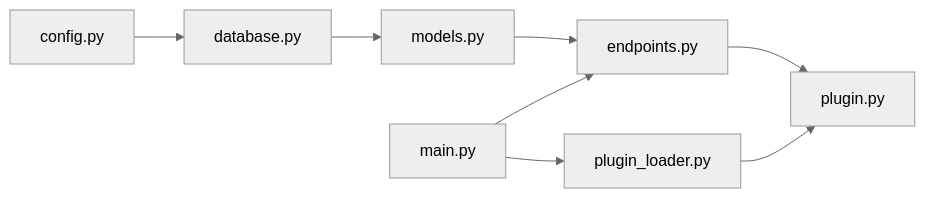
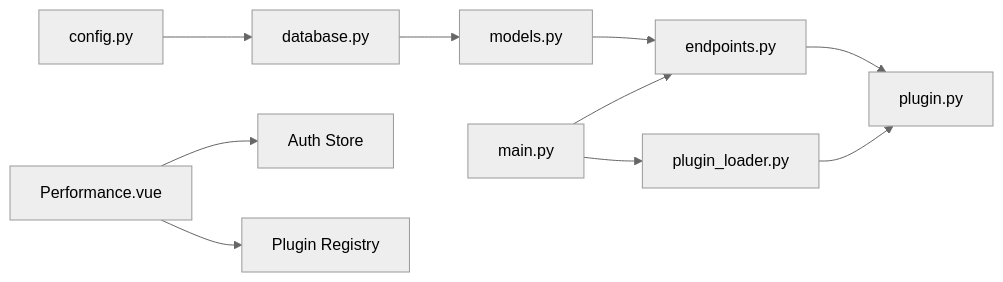
Before and after one commit to Nikita5543/New-SSO-02: the ninth of 9 diagrams in .qoder/repowiki/en/content/Built-in Plugins/Performance Plugin.md, drawn with Mermaid (neutral theme). The commit also changed other lines of this file and 7 other files, not shown here.

````diff
--- a/.qoder/repowiki/en/content/Built-in Plugins/Performance Plugin.md
+++ b/.qoder/repowiki/en/content/Built-in Plugins/Performance Plugin.md
@@ -267,10 +408,12 @@
 ```mermaid
 graph LR
 Config["config.py"] --> DB["database.py"]
 DB --> Models["models.py"]
 Models --> Endpoints["endpoints.py"]
 Endpoints --> Plugin["plugin.py"]
 PluginLoader["plugin_loader.py"] --> Plugin
 Main["main.py"] --> PluginLoader
 Main --> Endpoints
+Vue["Performance.vue"] --> AuthStore["Auth Store"]
+Vue --> PluginRegistry["Plugin Registry"]
 ```
````
